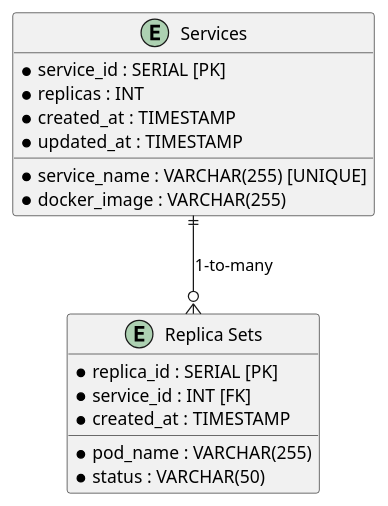
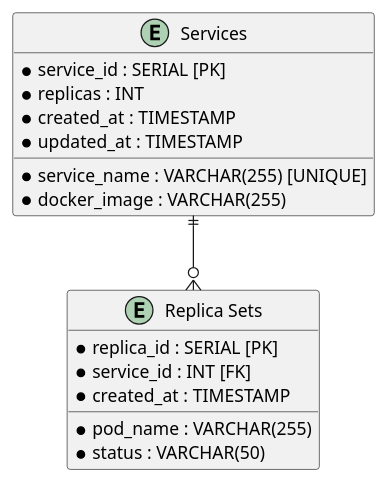
One commit to fanglores/Advanced-Software-Design changed the diagram in PracticeTasks/Module2/Task_11/ServiceDeployer_DB.puml. Above: the diagram before and after it, drawn with PlantUML. The commit also changed 5 other files, not shown here.

```diff
--- a/PracticeTasks/Module2/Task_11/ServiceDeployer_DB.puml
+++ b/PracticeTasks/Module2/Task_11/ServiceDeployer_DB.puml
@@ -1,20 +1,20 @@
 @startuml
 entity "Services" {
     * service_id : SERIAL [PK]
     * service_name : VARCHAR(255) [UNIQUE]
     * docker_image : VARCHAR(255)
     * replicas : INT
     * created_at : TIMESTAMP
     * updated_at : TIMESTAMP
 }
 
 entity "Replica Sets" as ReplicaSets {
     * replica_id : SERIAL [PK]
     * service_id : INT [FK]
     * pod_name : VARCHAR(255)
     * status : VARCHAR(50)
     * created_at : TIMESTAMP
 }
 
-Services ||--o{ ReplicaSets : "1-to-many"
+Services ||--o{ ReplicaSets
 @enduml
```
